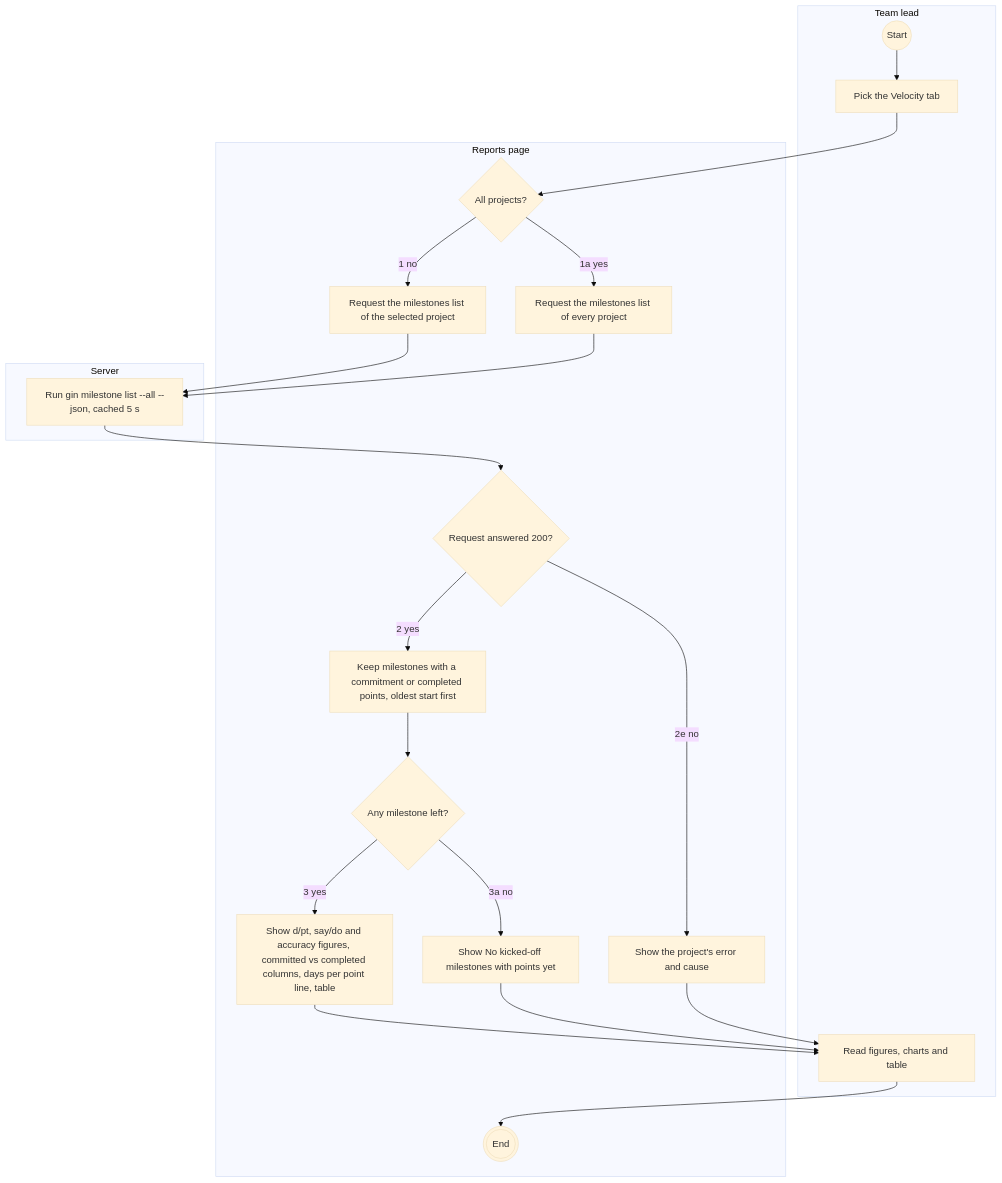
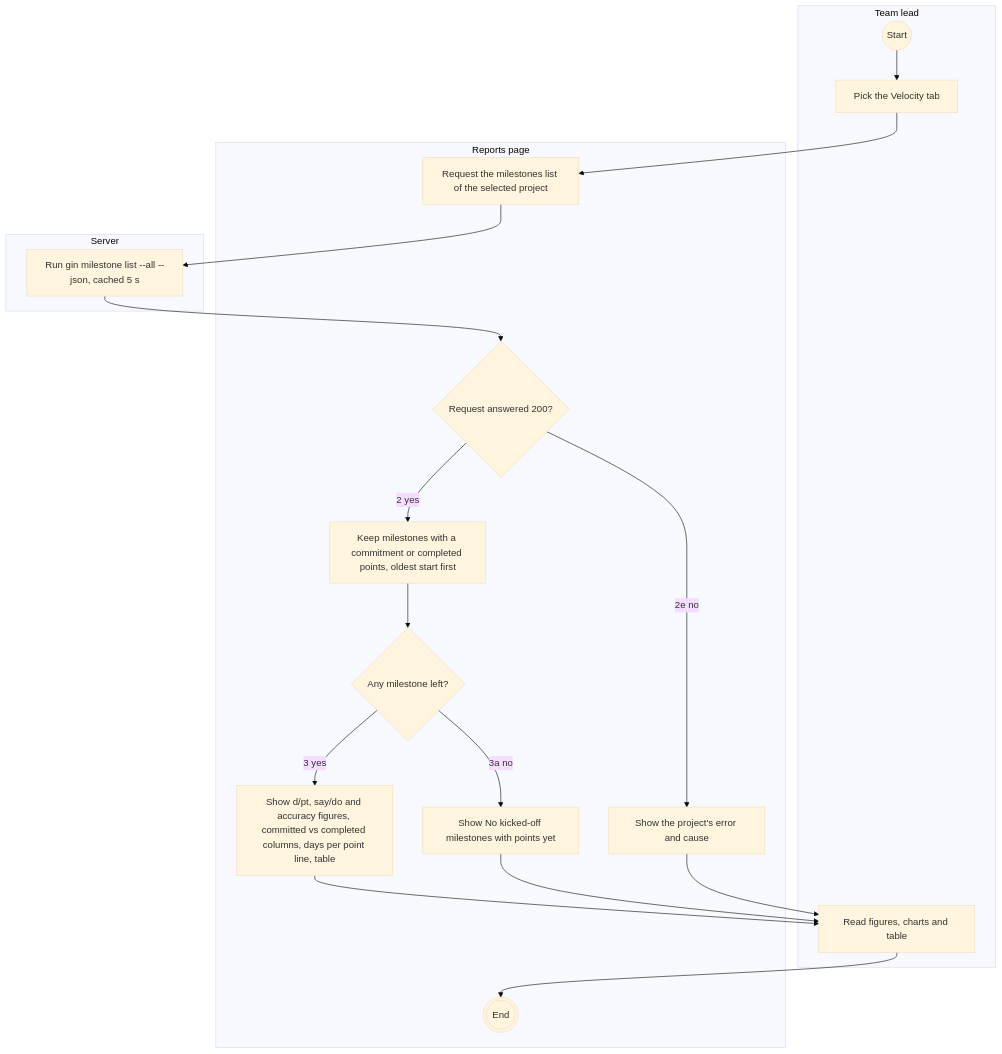
One commit to giangdhwhtbr/gin-console changed the diagram in docs/specs/reports/diagrams/velocity-tab-activity.md. Above: the diagram before and after it, drawn with Mermaid (base theme). The commit also changed other lines of this file and 16 other files, not shown here.

Commit message:
docs: no Projects page in README, roadmap and diagrams (gin-console-k4l)

````diff
--- a/docs/specs/reports/diagrams/velocity-tab-activity.md
+++ b/docs/specs/reports/diagrams/velocity-tab-activity.md
@@ -7,39 +7,34 @@
 ```mermaid
 flowchart TD
   subgraph lead[Team lead]
     start((Start))
     pick[Pick the Velocity tab]
     read[Read figures, charts and table]
   end
   subgraph browser[Reports page]
-    scope{All projects?}
     one[Request the milestones list of the selected project]
-    each[Request the milestones list of every project]
     ok{Request answered 200?}
     err[Show the project's error and cause]
     filter[Keep milestones with a commitment or completed points, oldest start first]
     any{Any milestone left?}
     none[Show No kicked-off milestones with points yet]
     draw[Show d/pt, say/do and accuracy figures, committed vs completed columns, days per point line, table]
     done(((End)))
   end
   subgraph server[Server]
     gin[Run gin milestone list --all --json, cached 5 s]
   end
   start --> pick
-  pick --> scope
-  scope -->|1 no| one
-  scope -->|1a yes| each
+  pick --> one
   one --> gin
-  each --> gin
   gin --> ok
   ok -->|2 yes| filter
   ok -->|2e no| err
   filter --> any
   any -->|3 yes| draw
   any -->|3a no| none
   draw --> read
   none --> read
   err --> read
   read --> done
 ```
````
